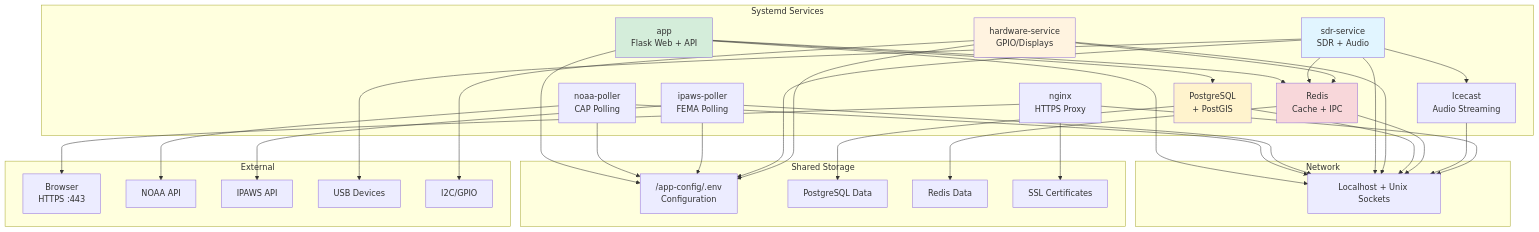
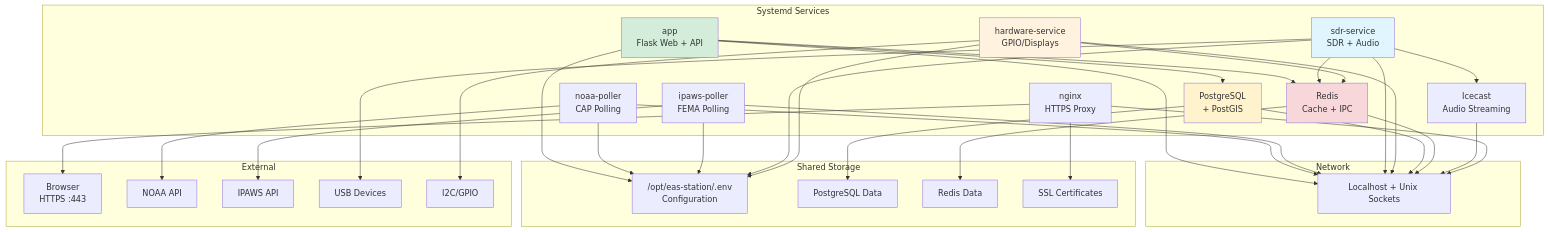
Before and after one commit to KR8MER/eas-station: diagram 18 of 21 in docs/architecture/SYSTEM_ARCHITECTURE.md, drawn with Mermaid. The commit also changed other lines of this file and 43 other files, not shown here.

````diff
--- a/docs/architecture/SYSTEM_ARCHITECTURE.md
+++ b/docs/architecture/SYSTEM_ARCHITECTURE.md
@@ -916,74 +920,74 @@
 ```mermaid
 graph TB
     subgraph "Systemd Services"
         APP[app<br>Flask Web + API]
         NOAA_POLL[noaa-poller<br>CAP Polling]
         IPAWS_POLL[ipaws-poller<br>FEMA Polling]
         SDR_SVC[sdr-service<br>SDR + Audio]
         HW_SVC[hardware-service<br>GPIO/Displays]
         DB[PostgreSQL<br>+ PostGIS]
         REDIS[Redis<br>Cache + IPC]
         ICECAST[Icecast<br>Audio Streaming]
         NGINX[nginx<br>HTTPS Proxy]
     end
 
     subgraph "Shared Storage"
-        VOL_CONFIG["/app-config/.env<br>Configuration"]
+        VOL_CONFIG["/opt/eas-station/.env<br>Configuration"]
         VOL_DATA[PostgreSQL Data]
         VOL_REDIS[Redis Data]
         VOL_CERTS[SSL Certificates]
     end
 
     subgraph "Network"
         NET[Localhost + Unix Sockets]
     end
 
     subgraph "External"
         OPERATOR[Browser<br>HTTPS :443]
         NOAA_API[NOAA API]
         IPAWS_API[IPAWS API]
         USB[USB Devices]
         I2C[I2C/GPIO]
     end
 
     %% Network connections
     APP --> NET
     NOAA_POLL --> NET
     IPAWS_POLL --> NET
     SDR_SVC --> NET
     HW_SVC --> NET
     DB --> NET
     REDIS --> NET
     ICECAST --> NET
     NGINX --> NET
 
     %% Storage access
     APP --> VOL_CONFIG
     NOAA_POLL --> VOL_CONFIG
     IPAWS_POLL --> VOL_CONFIG
     SDR_SVC --> VOL_CONFIG
     HW_SVC --> VOL_CONFIG
     DB --> VOL_DATA
     REDIS --> VOL_REDIS
     NGINX --> VOL_CERTS
 
     %% External connections
     NGINX --> OPERATOR
     NOAA_POLL --> NOAA_API
     IPAWS_POLL --> IPAWS_API
     SDR_SVC --> USB
     HW_SVC --> I2C
 
     %% Internal dependencies
     APP --> REDIS
     APP --> DB
     SDR_SVC --> REDIS
     SDR_SVC --> ICECAST
     HW_SVC --> REDIS
 
     style APP fill:#d4edda
     style SDR_SVC fill:#e1f5ff
     style HW_SVC fill:#fff3e0
     style DB fill:#fff3cd
     style REDIS fill:#f8d7da
 ```
````
